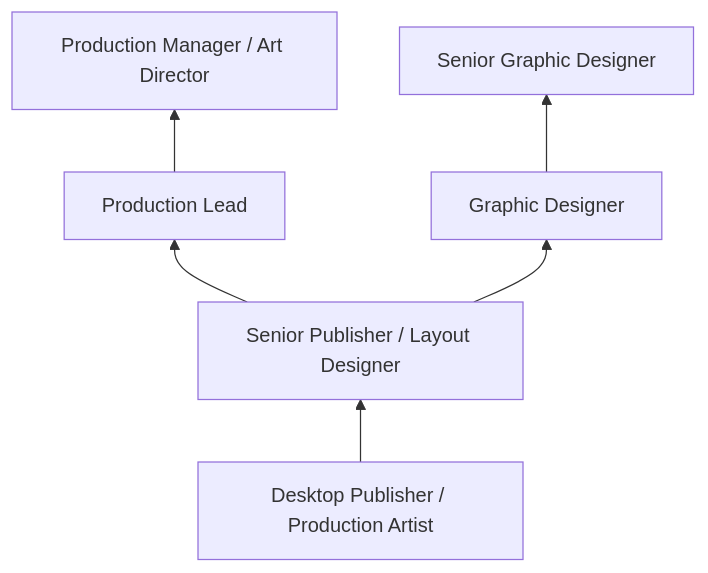
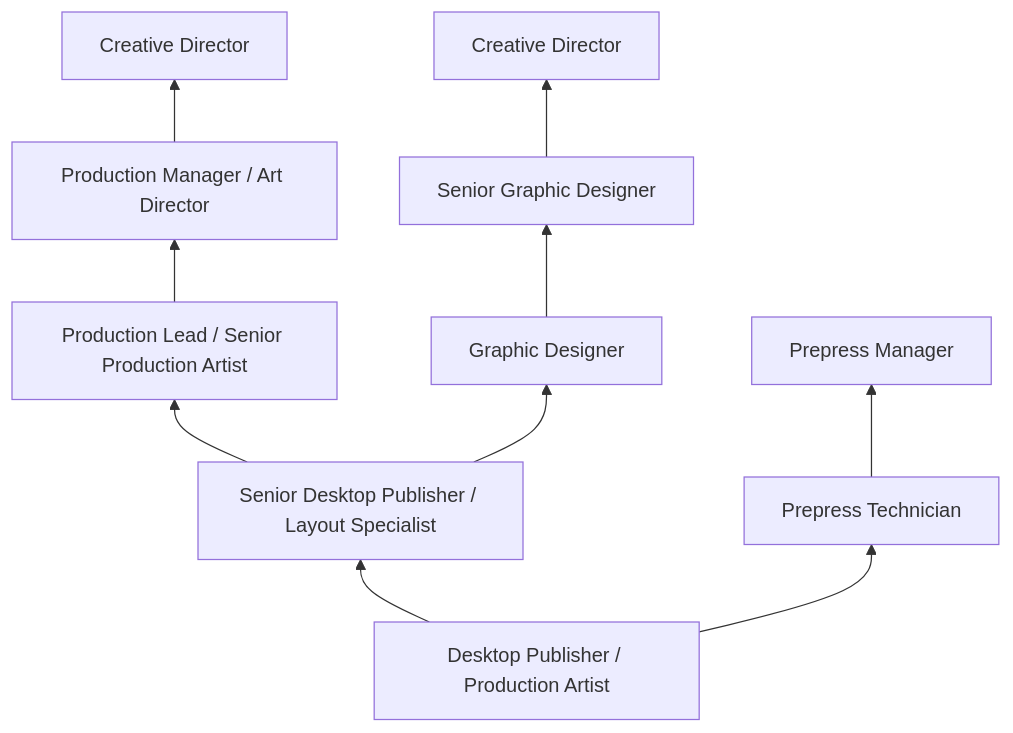
One commit to kziemski/business.org.ai changed the third of 4 diagrams in occupations/Administrative/DesktopPublishers.mdx. Above: the diagram before and after it, drawn with Mermaid. The commit also changed other lines of this file and 19 other files, not shown here.

````diff
--- a/occupations/Administrative/DesktopPublishers.mdx
+++ b/occupations/Administrative/DesktopPublishers.mdx
@@ -76,9 +138,14 @@
 ```mermaid
 graph BT
-    Entry["Desktop Publisher / Production Artist"] --> Mid["Senior Publisher / Layout Designer"]
-    Mid --> Lead["Production Lead"]
+    Entry["Desktop Publisher / Production Artist"] --> Mid["Senior Desktop Publisher / Layout Specialist"]
+    Mid --> Lead["Production Lead / Senior Production Artist"]
     Lead --> Manager["Production Manager / Art Director"]
+    Manager --> Director["Creative Director"]
 
     Mid --> Designer["Graphic Designer"]
     Designer --> SrDesigner["Senior Graphic Designer"]
+    SrDesigner --> CreativeDir["Creative Director"]
+
+    Entry --> Prepress["Prepress Technician"]
+    Prepress --> PreMgr["Prepress Manager"]
 ```
````
